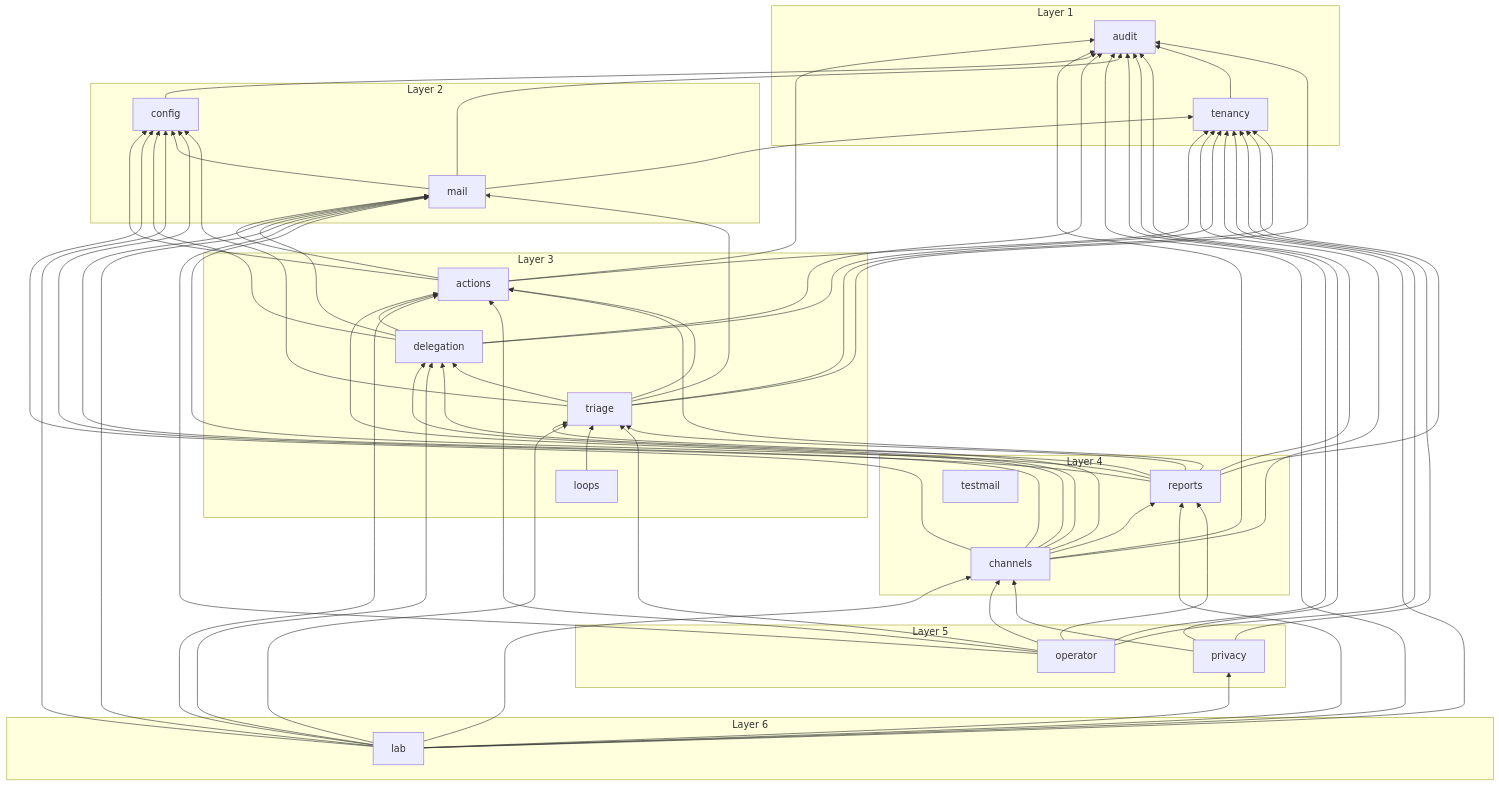
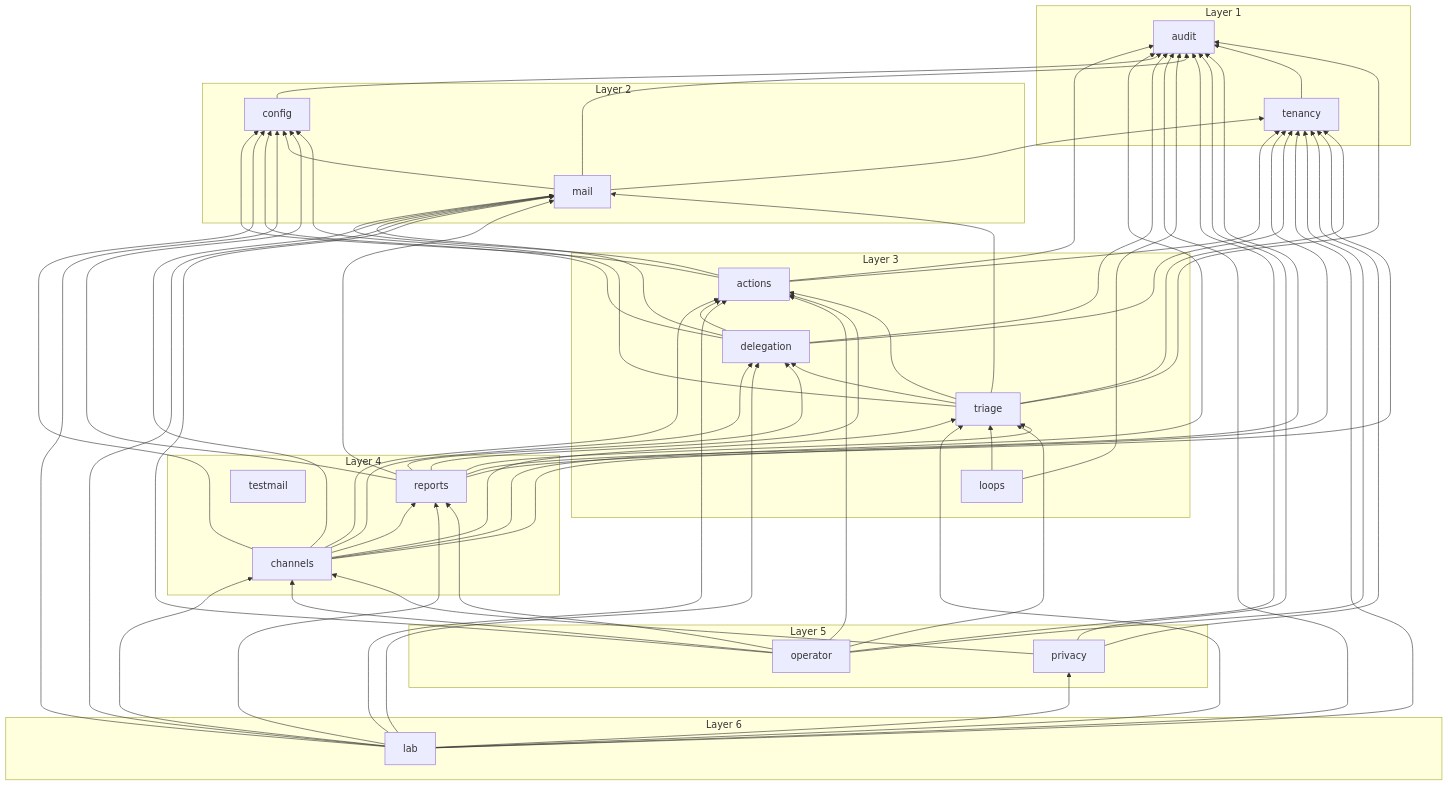
The diagram in docs/diagrams/module-graph.md (Artexs/email_assistant), drawn with Mermaid before and after one commit. The commit also changed 19 other files, not shown here.

```diff
--- a/docs/diagrams/module-graph.md
+++ b/docs/diagrams/module-graph.md
@@ -60,6 +60,7 @@
   lab --> reports
   lab --> tenancy
   lab --> triage
+  loops --> audit
   loops --> triage
   mail --> audit
   mail --> config
```
